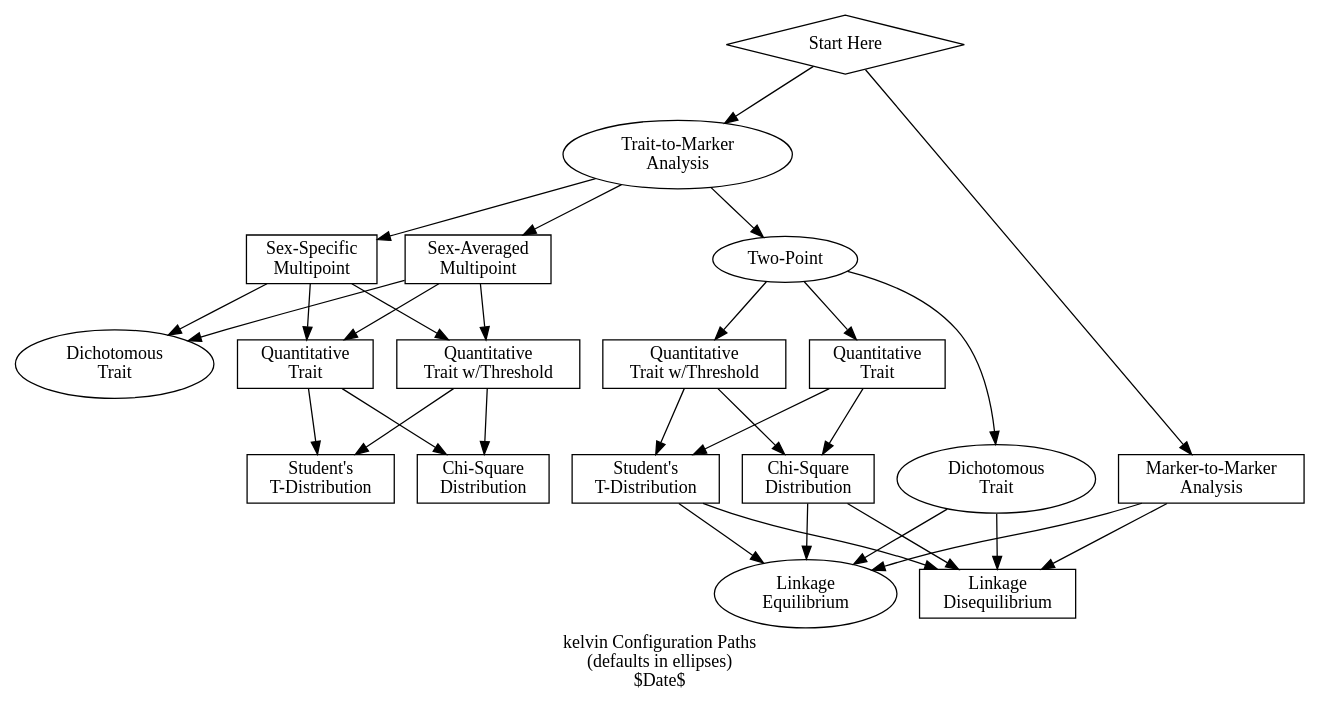
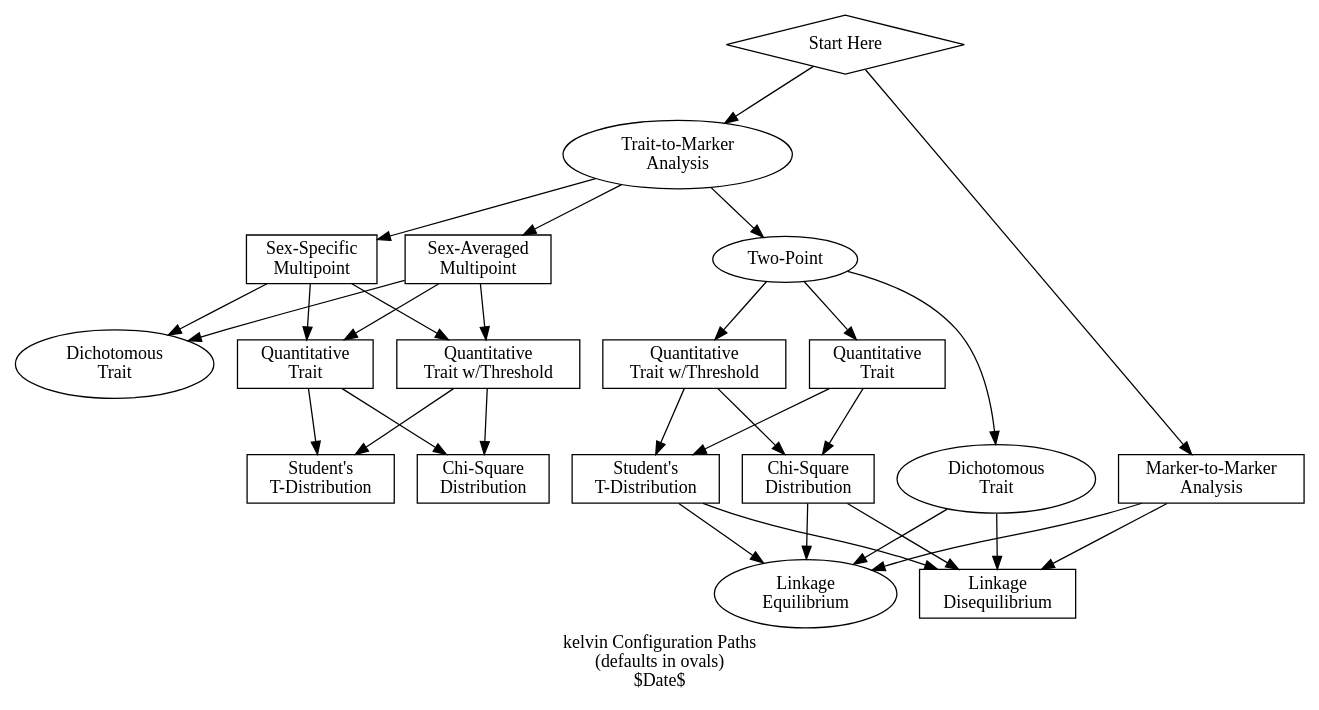
Before and after one commit to MathematicalMedicine/kelvin: the diagram in doc/config.dot, drawn with Graphviz. The commit also changed 2 other files, not shown here.

```diff
--- a/doc/config.dot
+++ b/doc/config.dot
@@ -1,53 +1,53 @@
 digraph kelvin_conf {
-	label="kelvin Configuration Paths\n(defaults in ellipses)\n$Date$"
+	label="kelvin Configuration Paths\n(defaults in ovals)\n$Date$"
 	"start" [shape=diamond, label="Start Here", height=.1, width=.1] ;
 	"MM" [shape=box, label="Marker-to-Marker\nAnalysis"] ;
 	"TM" [shape=ellipse, label="Trait-to-Marker\nAnalysis"] ;
 	"TP" [shape=ellipse, label="Two-Point"] ;
 	"DTTP" [shape=ellipse, label="Dichotomous\nTrait"] ;
 	"DTMP" [shape=ellipse, label="Dichotomous\nTrait"] ;
 	"LE" [shape=ellipse, label="Linkage\nEquilibrium\n"] ;
 	"SA" [shape=box, label="Sex-Averaged\nMultipoint"] ;
 	"SS" [shape=box, label="Sex-Specific\nMultipoint"] ;
 	"QTTP" [shape=box, label="Quantitative\nTrait"] ;
 	"QTMP" [shape=box, label="Quantitative\nTrait"] ;
 	"LD" [shape=box, label="Linkage\nDisequilibrium"] ;
 	"CTTP" [shape=box, label="Quantitative\nTrait w/Threshold"] ;
 	"CTMP"  [shape=box, label="Quantitative\nTrait w/Threshold"] ;
 	"CS" [shape=box, label="Chi-Square\nDistribution"] ;
 	"TD" [shape=box, label="Student's\nT-Distribution"] ;
 	"CSTP" [shape=box, label="Chi-Square\nDistribution"] ;
 	"TDTP" [shape=box, label="Student's\nT-Distribution"] ;
 
 	"start" -> "MM" ;
 	"start" -> "TM" ;
 	"MM" -> "LE" ;
 	"MM" -> "LD" ;
 	"TM" -> "TP" ;
 	"TM" -> "SA" ;
 	"TM" -> "SS" ;
 	"TP" -> "DTTP" ;
 	"TP" -> "QTTP" ;
 	"TP" -> "CTTP" ;
 	"SA" -> "DTMP" ;
 	"SA" -> "QTMP" ;
 	"SA" -> "CTMP" ;
 	"SS" -> "DTMP" ;
 	"SS" -> "QTMP" ;
 	"SS" -> "CTMP" ;
 	"DTTP" -> "LE" ;
 	"DTTP" -> "LD" ;
 	"CTTP" -> "CSTP" ;
 	"CTTP" -> "TDTP" ;
 	"QTTP" -> "CSTP" ;
 	"QTTP" -> "TDTP" ;
 	"QTMP" -> "CS" ;
 	"QTMP" -> "TD" ;
 	"CTMP" -> "CS" ;
 	"CTMP" -> "TD" ;
 	"CSTP" -> "LE" ;
 	"CSTP" -> "LD" ;
 	"TDTP" -> "LE" ;
 	"TDTP" -> "LD" ;
 
 }
```
